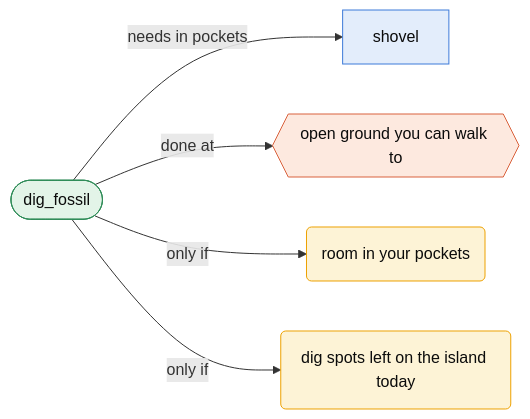
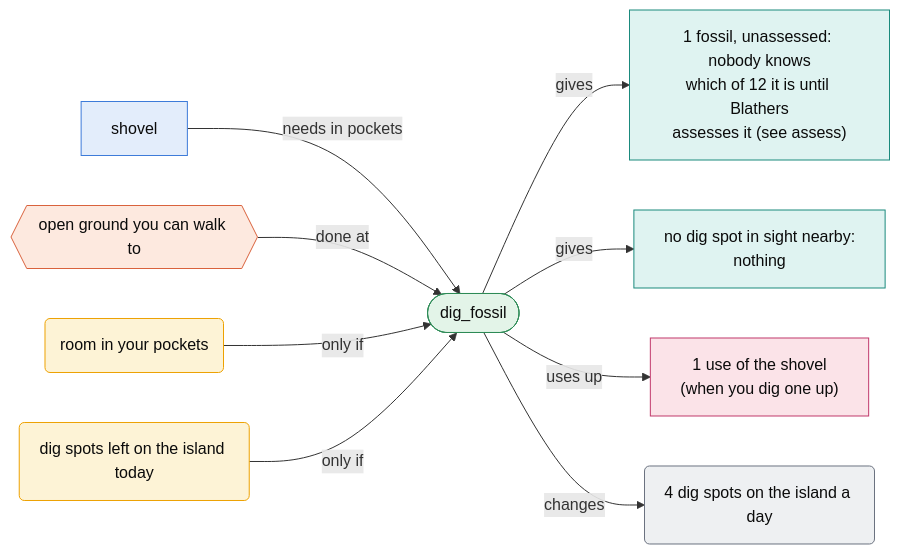
Before and after one commit to harjonillo/multiagent-island: the ninth of 41 diagrams in docs/actions.md, drawn with Mermaid. The commit also changed other lines of this file and 9 other files, not shown here.

````diff
--- a/docs/actions.md
+++ b/docs/actions.md
@@ -223,16 +412,26 @@
 ```mermaid
 flowchart LR
     classDef act fill:#e3f4e8,stroke:#2e8b57,color:#0b0b0b
     classDef item fill:#e3edfb,stroke:#3d7bd9,color:#0b0b0b
     classDef place fill:#fde9df,stroke:#d9623d,color:#0b0b0b
     classDef cond fill:#fdf3d6,stroke:#eda100,color:#0b0b0b
+    classDef gain fill:#dff3f1,stroke:#1a8a7d,color:#0b0b0b
+    classDef spend fill:#fbe3e8,stroke:#c0396b,color:#0b0b0b
+    classDef change fill:#eef0f2,stroke:#6b7280,color:#0b0b0b
     A(["dig_fossil"])
-    A -- "needs in pockets" --> I0["shovel"]
-    A -- "done at" --> P0{{"open ground you can walk to"}}
-    A -- "only if" --> C0("room in your pockets")
-    A -- "only if" --> C1("dig spots left on the island today")
+    It0["shovel"] -- "needs in pockets" --> A
+    Pl0{{"open ground you can walk to"}} -- "done at" --> A
+    Co0("room in your pockets") -- "only if" --> A
+    Co1("dig spots left on the island today") -- "only if" --> A
+    A -- "gives" --> Ga0["1 fossil, unassessed: nobody knows<br/>which of 12 it is until Blathers<br/>assesses it (see assess)"]
+    A -- "gives" --> Ga1["no dig spot in sight nearby:<br/>nothing"]
+    A -- "uses up" --> Sp0["1 use of the shovel<br/>(when you dig one up)"]
+    A -- "changes" --> Ch0("4 dig spots on the island a day")
     class A act
-    class I0 item
-    class P0 place
-    class C0,C1 cond
+    class It0 item
+    class Pl0 place
+    class Co0,Co1 cond
+    class Ga0,Ga1 gain
+    class Sp0 spend
+    class Ch0 change
 ```
````
